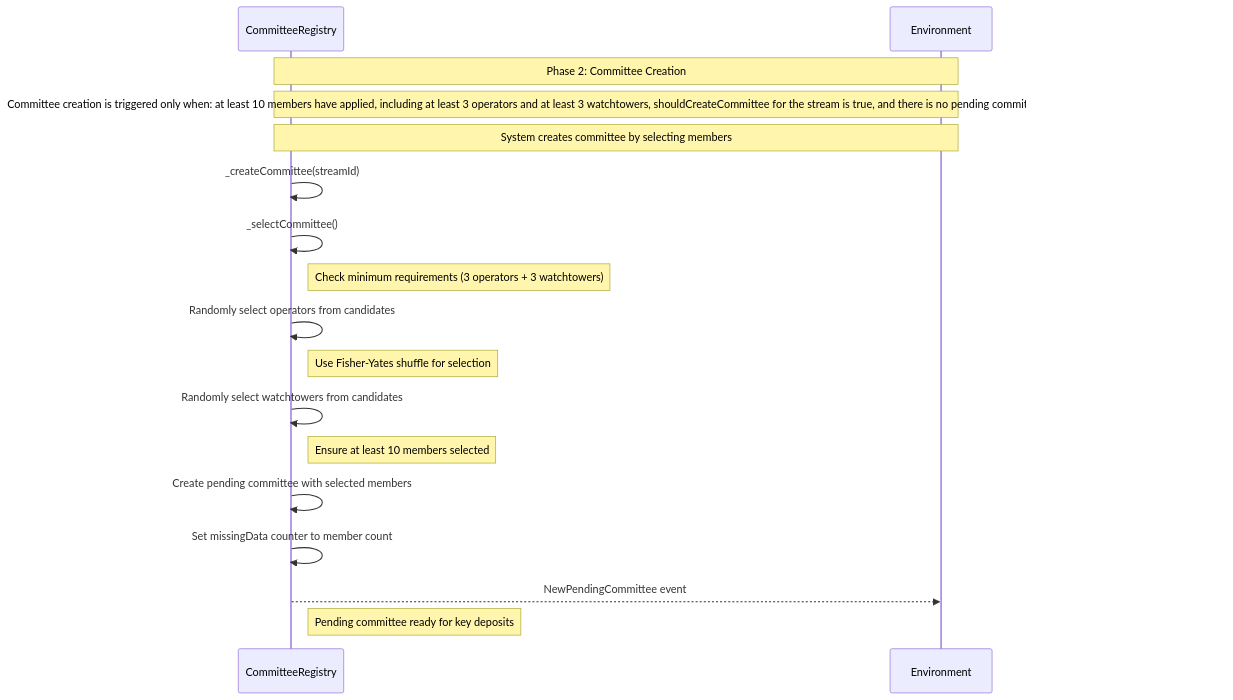
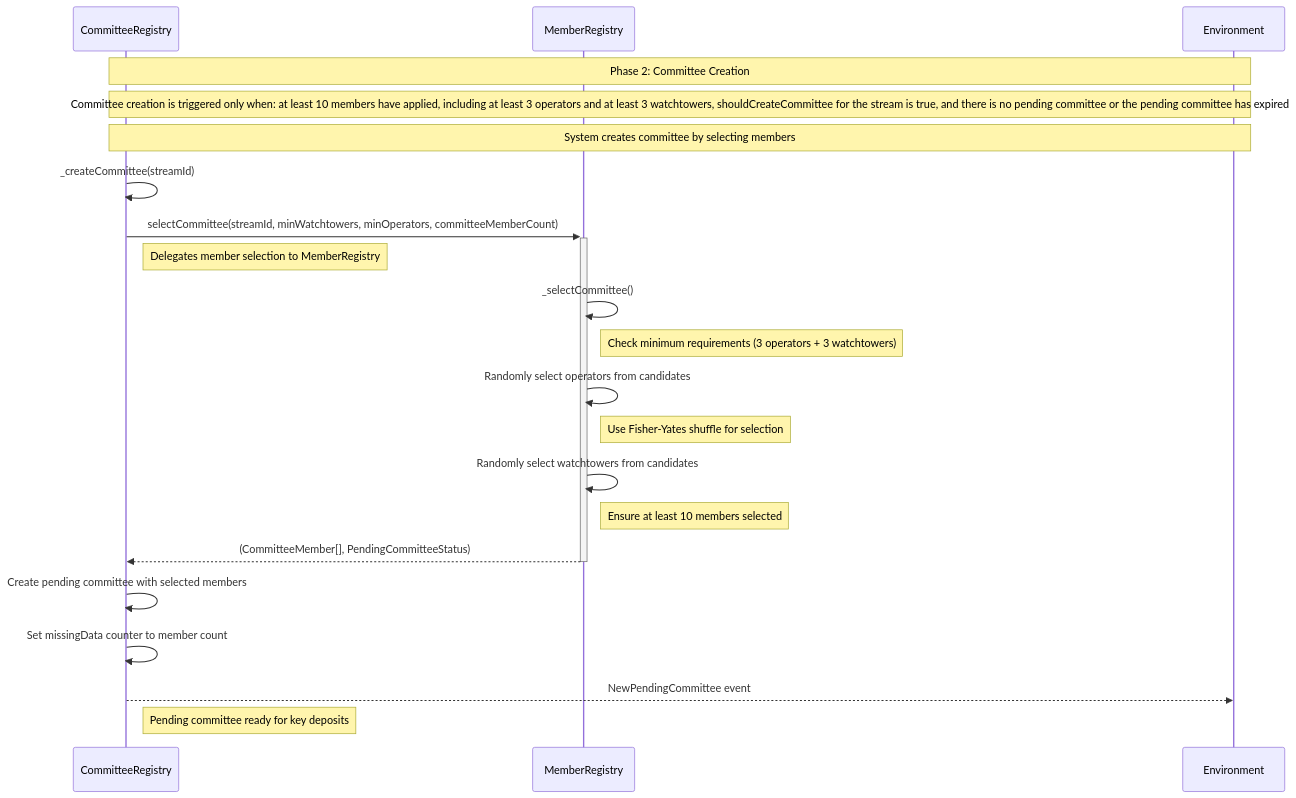
Before and after one commit to rsksmart/union-bridge-contracts: the second of 12 diagrams in docs/src/README.md, drawn with Mermaid. The commit also changed other lines of this file and 95 other files, not shown here.

````diff
--- a/docs/src/README.md
+++ b/docs/src/README.md
@@ -71,21 +342,25 @@
 ```mermaid
 sequenceDiagram
     participant CR as CommitteeRegistry
+    participant MR as MemberRegistry
     participant ENV as Environment
 
     Note over CR,ENV: Phase 2: Committee Creation
     Note over CR,ENV: Committee creation is triggered only when: at least 10 members have applied, including at least 3 operators and at least 3 watchtowers, shouldCreateCommittee for the stream is true, and there is no pending committee or the pending committee has expired
     Note over CR,ENV: System creates committee by selecting members
 
     CR->>CR: _createCommittee(streamId)
-    CR->>CR: _selectCommittee()
-    Note right of CR: Check minimum requirements (3 operators + 3 watchtowers)
-    CR->>CR: Randomly select operators from candidates
-    Note right of CR: Use Fisher-Yates shuffle for selection
-    CR->>CR: Randomly select watchtowers from candidates
-    Note right of CR: Ensure at least 10 members selected
+    CR->>+MR: selectCommittee(streamId, minWatchtowers, minOperators, committeeMemberCount)
+    Note right of CR: Delegates member selection to MemberRegistry
+    MR->>MR: _selectCommittee()
+    Note right of MR: Check minimum requirements (3 operators + 3 watchtowers)
+    MR->>MR: Randomly select operators from candidates
+    Note right of MR: Use Fisher-Yates shuffle for selection
+    MR->>MR: Randomly select watchtowers from candidates
+    Note right of MR: Ensure at least 10 members selected
+    MR-->>-CR: (CommitteeMember[], PendingCommitteeStatus)
     CR->>CR: Create pending committee with selected members
     CR->>CR: Set missingData counter to member count
     CR-->>ENV: NewPendingCommittee event
     Note right of CR: Pending committee ready for key deposits
 ```
````
